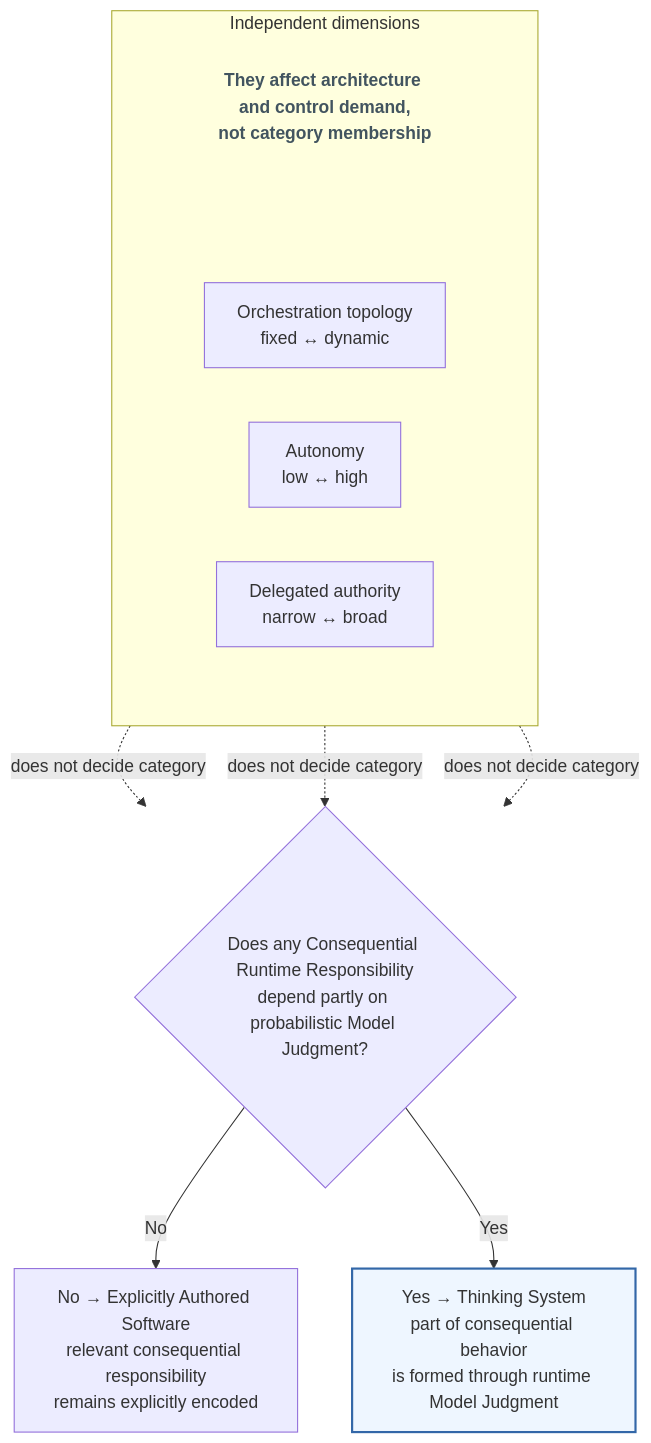
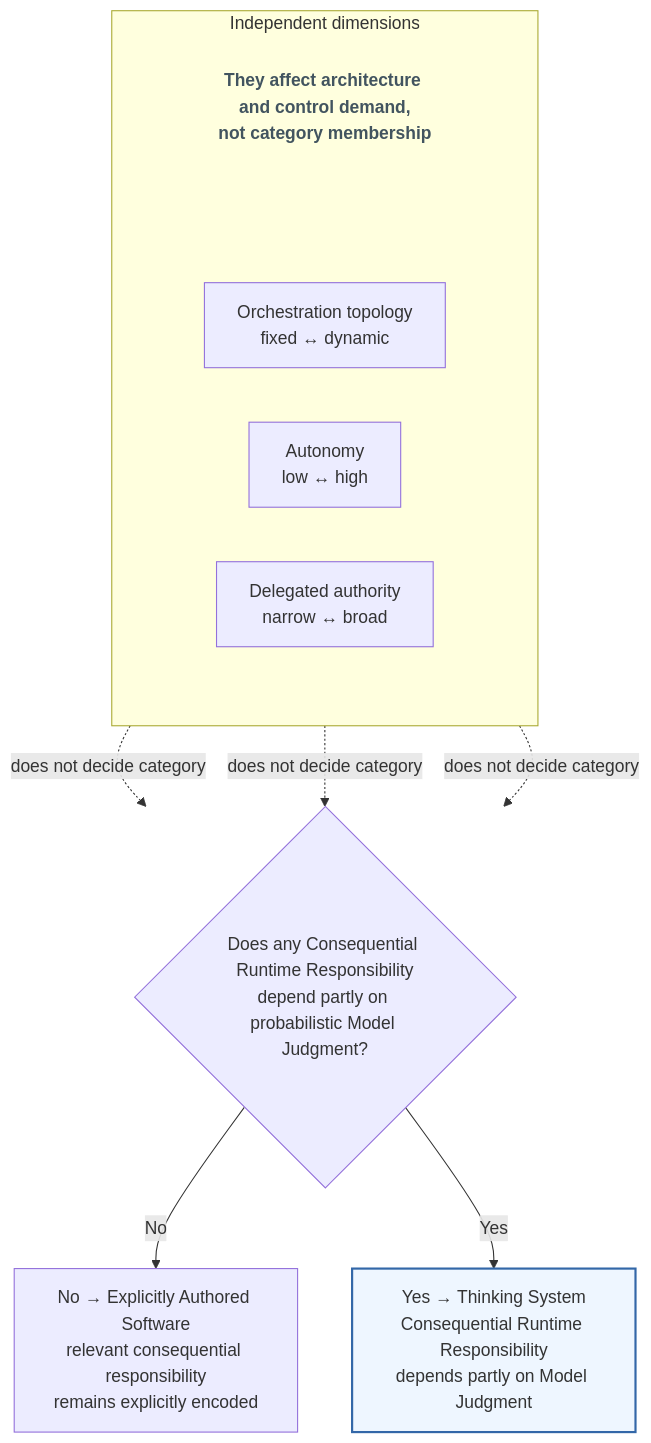
The second of 8 diagrams in content/research/notes/thinking-systems-publication-draft.md (UncertaintyArchitectureGroup/uncertainty-architecture), drawn with Mermaid before and after one commit. The commit also changed other lines of this file and 2 other files, not shown here.

Commit message:
research: keep Figure 2 classification-only

````diff
--- a/content/research/notes/thinking-systems-publication-draft.md
+++ b/content/research/notes/thinking-systems-publication-draft.md
@@ -110,30 +110,30 @@
 ```mermaid
 flowchart TB
     subgraph I["Independent dimensions"]
         direction TB
         IN["They affect architecture and control demand,<br/>not category membership"]
         subgraph R[" "]
             direction LR
             O["Orchestration topology<br/>fixed ↔ dynamic"]
             A["Autonomy<br/>low ↔ high"]
             D["Delegated authority<br/>narrow ↔ broad"]
         end
     end
 
     Q{"Does any Consequential Runtime Responsibility<br/>depend partly on probabilistic Model Judgment?"}
     L["No → Explicitly Authored Software<br/>relevant consequential responsibility<br/>remains explicitly encoded"]
-    T["Yes → Thinking System<br/>part of consequential behavior<br/>is formed through runtime Model Judgment"]
+    T["Yes → Thinking System<br/>Consequential Runtime Responsibility<br/>depends partly on Model Judgment"]
 
     IN ~~~ A
     O -. does not decide category .-> Q
     A -. does not decide category .-> Q
     D -. does not decide category .-> Q
     Q -->|No| L
     Q -->|Yes| T
 
     classDef thinking fill:#eef6ff,stroke:#3367a8,stroke-width:2px;
     classDef dimensionNote fill:transparent,stroke:transparent,color:#42545f,font-weight:600;
     class IN dimensionNote;
     style R fill:transparent,stroke:transparent
     class T thinking;
 ```
````
